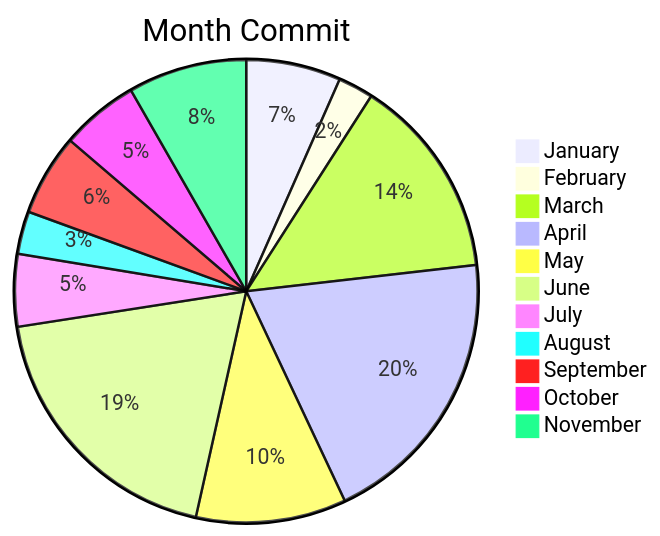
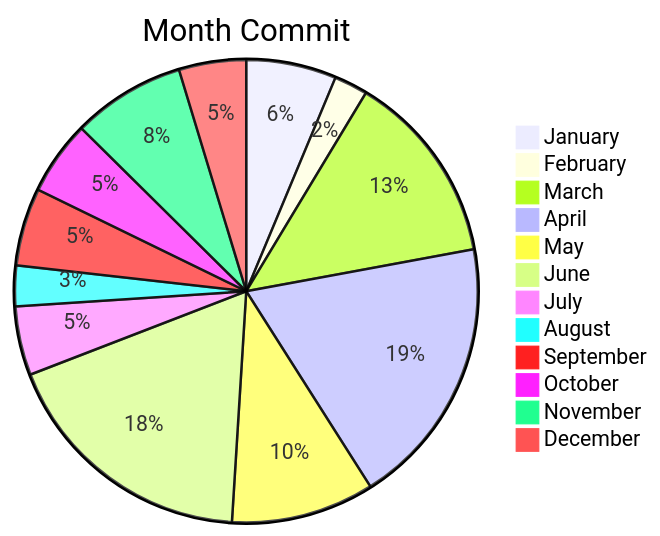
Before and after one commit to BackdevHong/WOC: the first of 2 diagrams in README.md, drawn with Mermaid. The commit also changed other lines of this file, not shown here.

````diff
--- a/README.md
+++ b/README.md
@@ -17,14 +18,15 @@
 ```mermaid
 pie title Month Commit
     "January" : 51
     "February" : 19
     "March" : 109
     "April" : 153
     "May" : 81
     "June" : 147
     "July" : 39
     "August" : 23
     "September" : 44
     "October" : 42
     "November" : 64
+    "December" : 38
 ```
````
